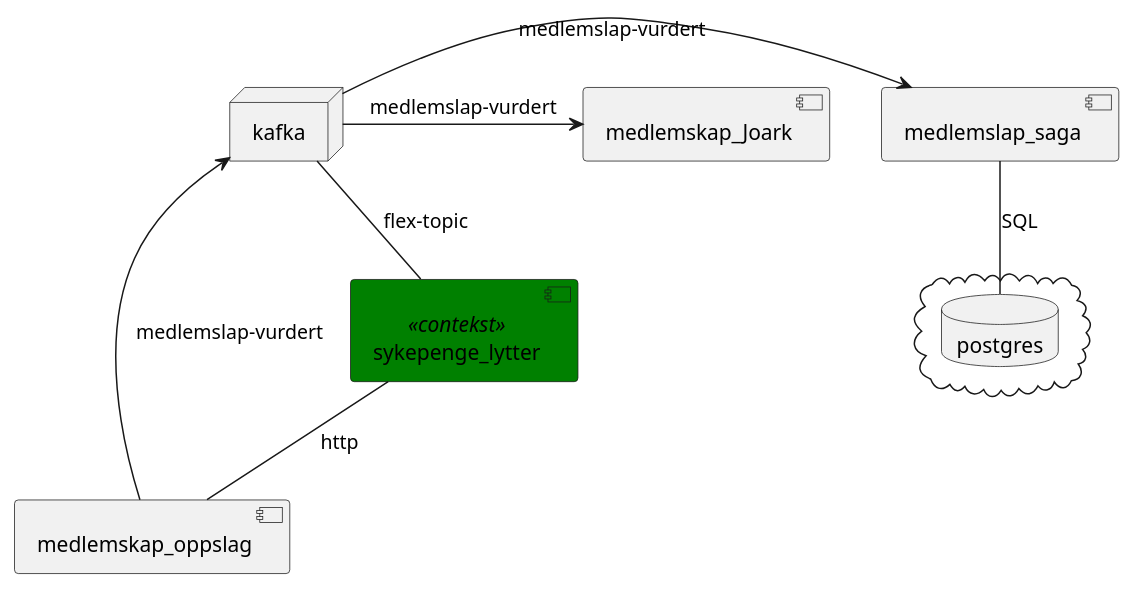
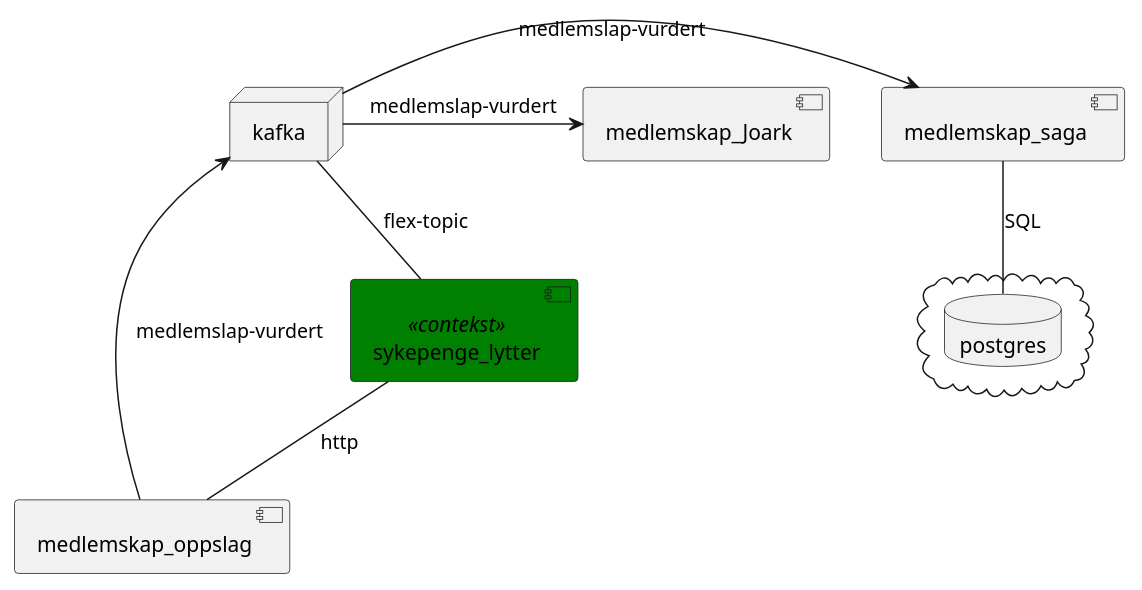
Before and after one commit to navikt/medlemskap-sykepengerlytter: the diagram in plantUml/valueChain.puml, drawn with PlantUML.

Commit message:
plant_uml

```diff
--- a/plantUml/valueChain.puml
+++ b/plantUml/valueChain.puml
@@ -2,22 +2,22 @@
 @startuml
 
 node kafka $tag13
 cloud {
 database postgres
 }
-component medlemslap_saga
+component medlemskap_saga
 component medlemskap_oppslag
 component medlemskap_Joark
 component sykepenge_lytter  <<contekst>>
 
 kafka -- sykepenge_lytter :flex-topic
 sykepenge_lytter -- medlemskap_oppslag :http
-kafka -> medlemslap_saga :medlemslap-vurdert
+kafka -> medlemskap_saga :medlemslap-vurdert
 kafka <- medlemskap_oppslag :medlemslap-vurdert
 kafka -> medlemskap_Joark :medlemslap-vurdert
-medlemslap_saga -- postgres : SQL
+medlemskap_saga -- postgres : SQL
 
 skinparam component {
     backgroundColor<<contekst>> green
 }
 @enduml
```
